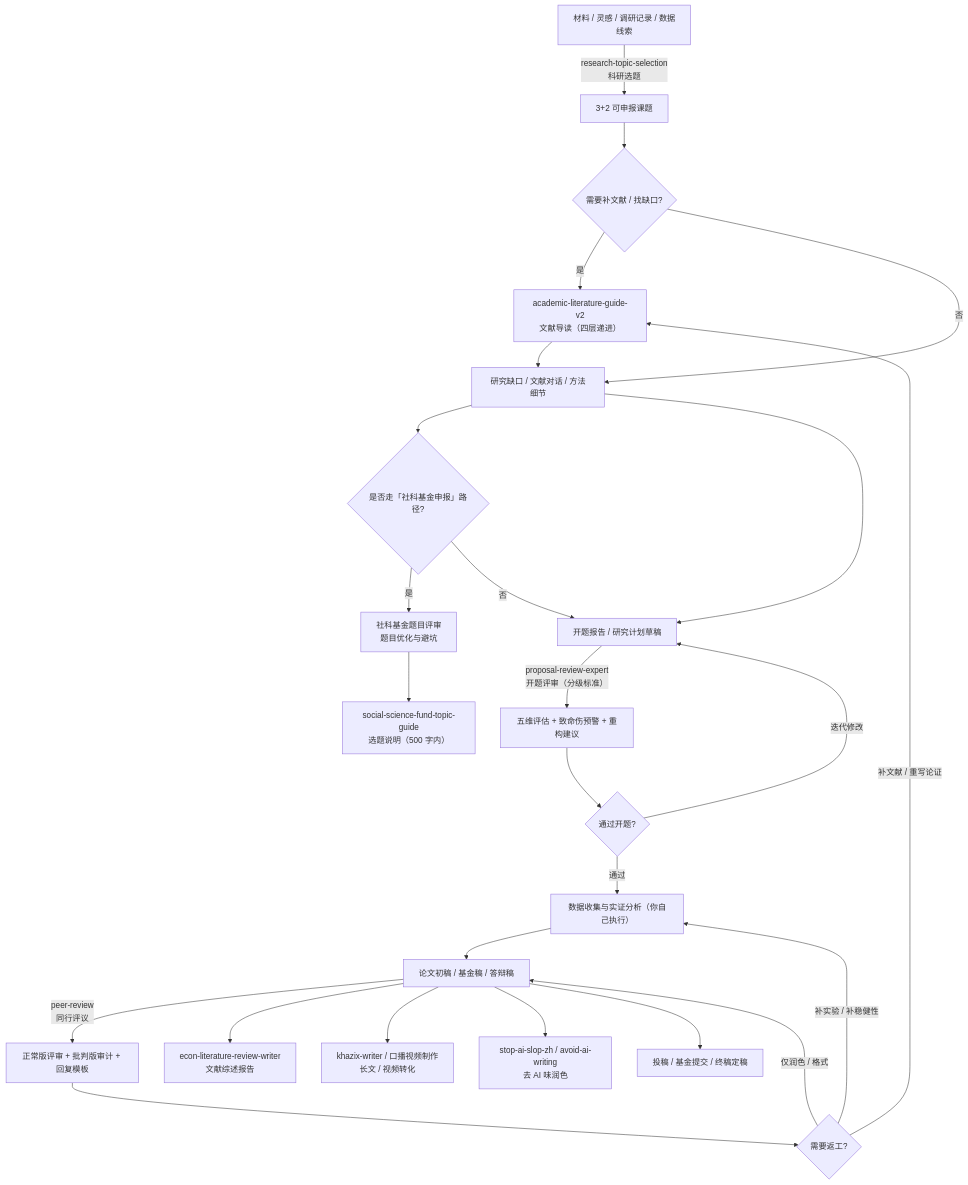
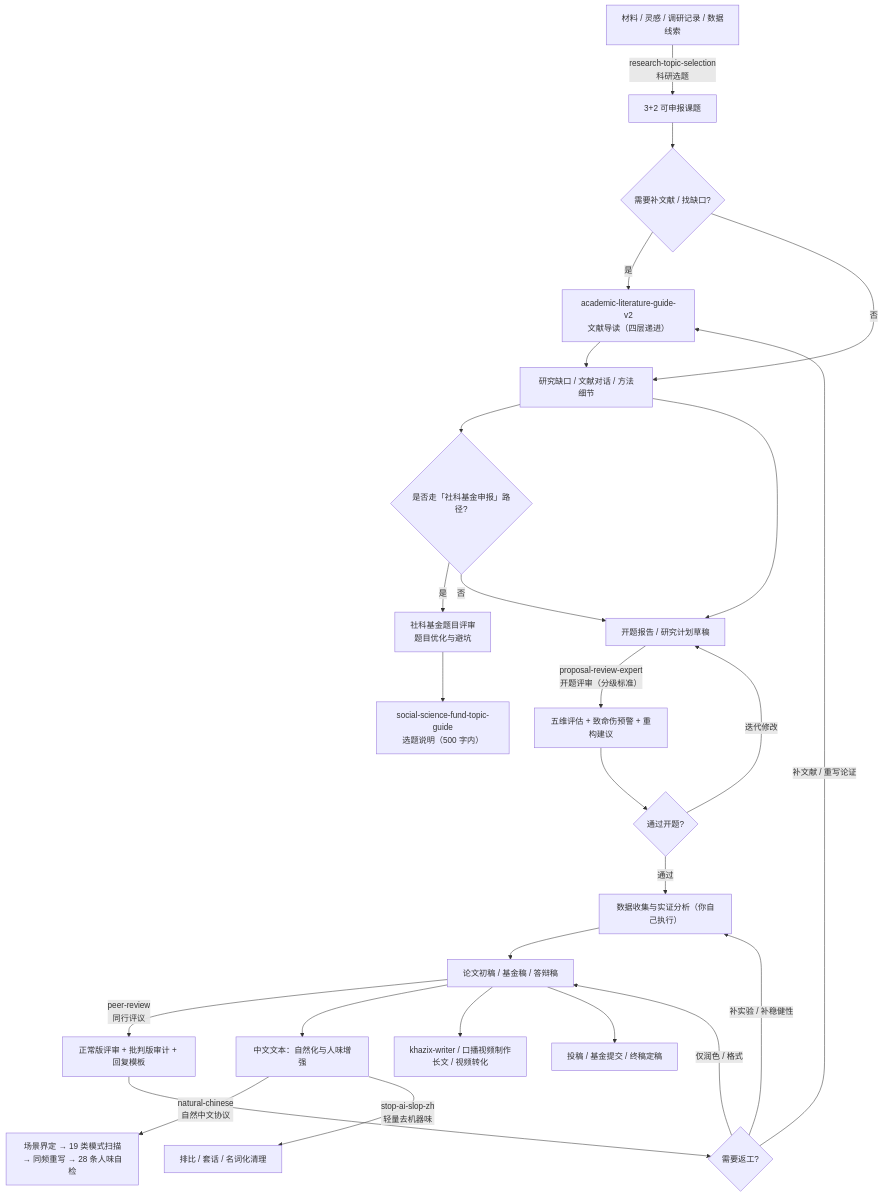
The diagram in README.md (jefeerzhang/myskill), drawn with Mermaid before and after one commit. The commit also changed other lines of this file and 18 other files, not shown here.

First line of the commit message:
docs(readme): 按当前技能目录重写 README，新增 natural-chinese 2.0.0

````diff
--- a/README.md
+++ b/README.md
@@ -40,32 +36,34 @@
 ```mermaid
 flowchart TD
   A[材料 / 灵感 / 调研记录 / 数据线索] -->|research-topic-selection\n科研选题| B[3+2 可申报课题]
 
   B --> C{需要补文献 / 找缺口?}
   C -->|是| D[academic-literature-guide-v2\n文献导读（四层递进）]
   D --> E[研究缺口 / 文献对话 / 方法细节]
   C -->|否| E
 
   E --> S{是否走「社科基金申报」路径?}
   S -->|是| T[社科基金题目评审\n题目优化与避坑]
   T --> U[social-science-fund-topic-guide\n选题说明（500 字内）]
   S -->|否| F
 
   E --> F[开题报告 / 研究计划草稿]
   F -->|proposal-review-expert\n开题评审（分级标准）| G[五维评估 + 致命伤预警 + 重构建议]
   G --> H{通过开题?}
   H -->|迭代修改| F
   H -->|通过| I[数据收集与实证分析（你自己执行）]
 
   I --> J[论文初稿 / 基金稿 / 答辩稿]
   J -->|peer-review\n同行评议| K[正常版评审 + 批判版审计 + 回复模板]
   K --> L{需要返工?}
   L -->|补实验 / 补稳健性| I
   L -->|补文献 / 重写论证| D
   L -->|仅润色 / 格式| J
 
-  J --> R[econ-literature-review-writer\n文献综述报告]
+  J --> Q[中文文本：自然化与人味增强]
+  Q -->|natural-chinese\n自然中文协议| Q1[场景界定 → 19 类模式扫描\n→ 同频重写 → 28 条人味自检]
+  Q -->|stop-ai-slop-zh\n轻量去机器味| Q2[排比 / 套话 / 名词化清理]
+
   J --> V[khazix-writer / 口播视频制作\n长文 / 视频转化]
-  J --> W[stop-ai-slop-zh / avoid-ai-writing\n去 AI 味润色]
   J --> M[投稿 / 基金提交 / 终稿定稿]
 ```
````
